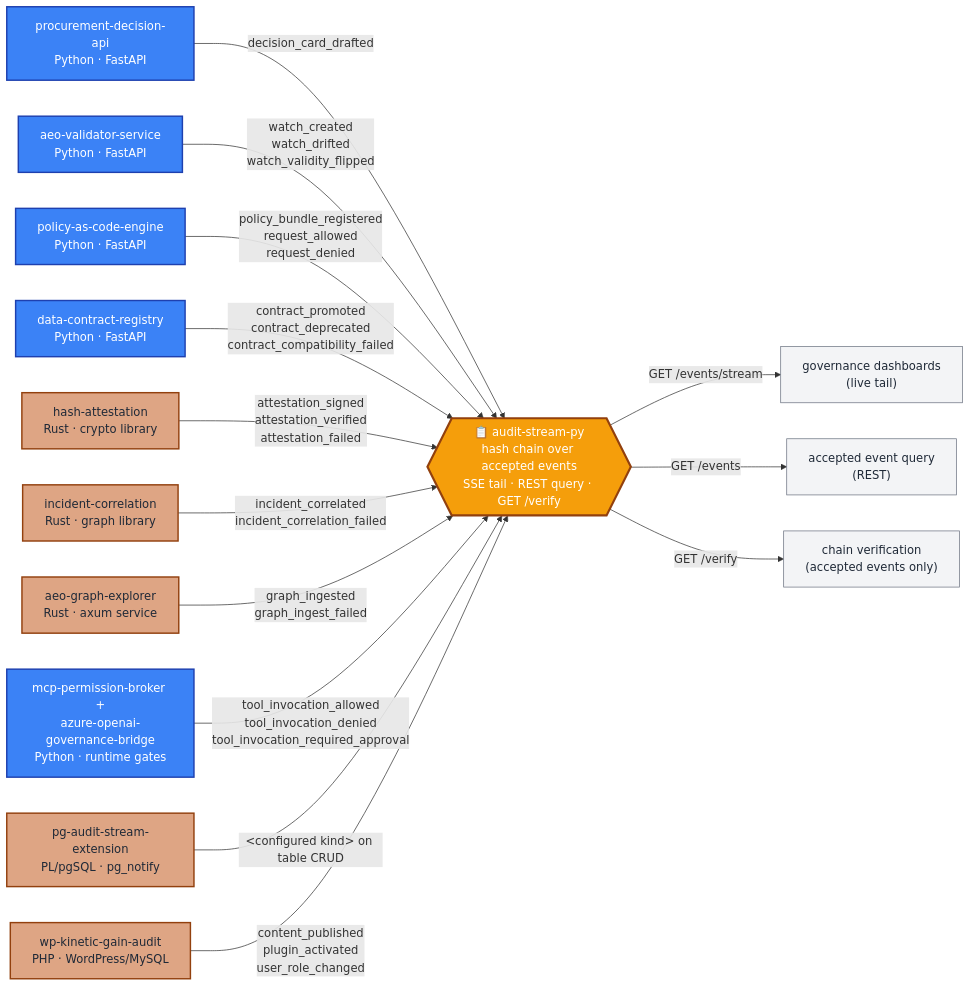
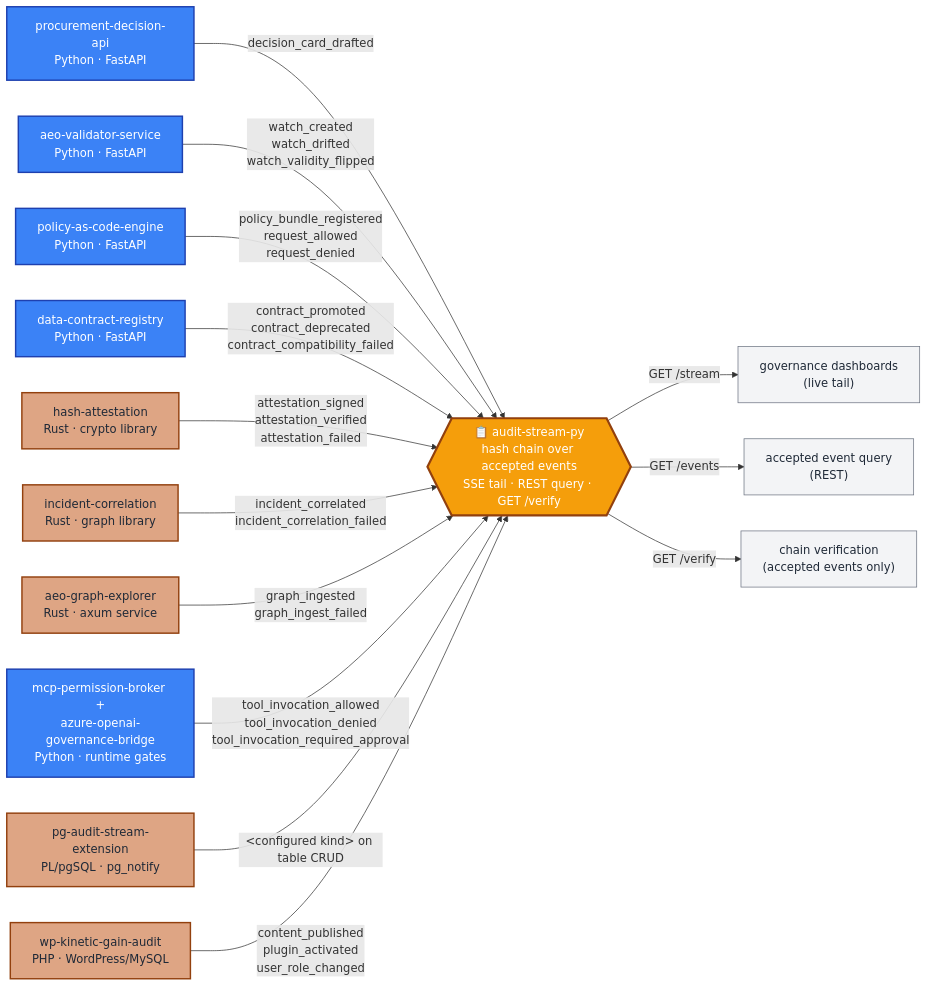
One commit to mizcausevic-dev/kinetic-gain-protocol-suite changed the second of 2 diagrams in README.md. Above: the diagram before and after it, drawn with Mermaid. The commit also changed other lines of this file, not shown here.

Commit message:
docs: correct audit stream route and identify npm smoke

````diff
--- a/README.md
+++ b/README.md
@@ -175,35 +175,35 @@
 ```mermaid
 flowchart LR
     classDef pyprod fill:#3b82f6,stroke:#1e40af,color:#fff,stroke-width:2px
     classDef rsprod fill:#dea584,stroke:#92400e,color:#1f2937,stroke-width:2px
     classDef spine fill:#f59e0b,stroke:#92400e,color:#fff,stroke-width:3px
     classDef sink fill:#f3f4f6,stroke:#6b7280,color:#1f2937
 
     PDA["procurement-decision-api<br/>Python · FastAPI"]:::pyprod
     AVS["aeo-validator-service<br/>Python · FastAPI"]:::pyprod
     PCE["policy-as-code-engine<br/>Python · FastAPI"]:::pyprod
     DCR["data-contract-registry<br/>Python · FastAPI"]:::pyprod
     HA["hash-attestation<br/>Rust · crypto library"]:::rsprod
     ICR["incident-correlation<br/>Rust · graph library"]:::rsprod
     AGE["aeo-graph-explorer<br/>Rust · axum service"]:::rsprod
     MPB["mcp-permission-broker +<br/>azure-openai-governance-bridge<br/>Python · runtime gates"]:::pyprod
     PGX["pg-audit-stream-extension<br/>PL/pgSQL · pg_notify"]:::rsprod
     WPA["wp-kinetic-gain-audit<br/>PHP · WordPress/MySQL"]:::rsprod
 
     PDA -->|"decision_card_drafted"| AS
     AVS -->|"watch_created<br/>watch_drifted<br/>watch_validity_flipped"| AS
     PCE -->|"policy_bundle_registered<br/>request_allowed<br/>request_denied"| AS
     DCR -->|"contract_promoted<br/>contract_deprecated<br/>contract_compatibility_failed"| AS
     HA -->|"attestation_signed<br/>attestation_verified<br/>attestation_failed"| AS
     ICR -->|"incident_correlated<br/>incident_correlation_failed"| AS
     AGE -->|"graph_ingested<br/>graph_ingest_failed"| AS
     MPB -->|"tool_invocation_allowed<br/>tool_invocation_denied<br/>tool_invocation_required_approval"| AS
     PGX -->|"&lt;configured kind&gt; on table CRUD"| AS
     WPA -->|"content_published<br/>plugin_activated<br/>user_role_changed"| AS
 
     AS{{"📋 audit-stream-py<br/>hash chain over accepted events<br/>SSE tail · REST query · GET /verify"}}:::spine
 
-    AS -->|GET /events/stream| LT["governance dashboards<br/>(live tail)"]:::sink
+    AS -->|GET /stream| LT["governance dashboards<br/>(live tail)"]:::sink
     AS -->|GET /events| Q["accepted event query<br/>(REST)"]:::sink
     AS -->|GET /verify| V["chain verification<br/>(accepted events only)"]:::sink
 ```
````
